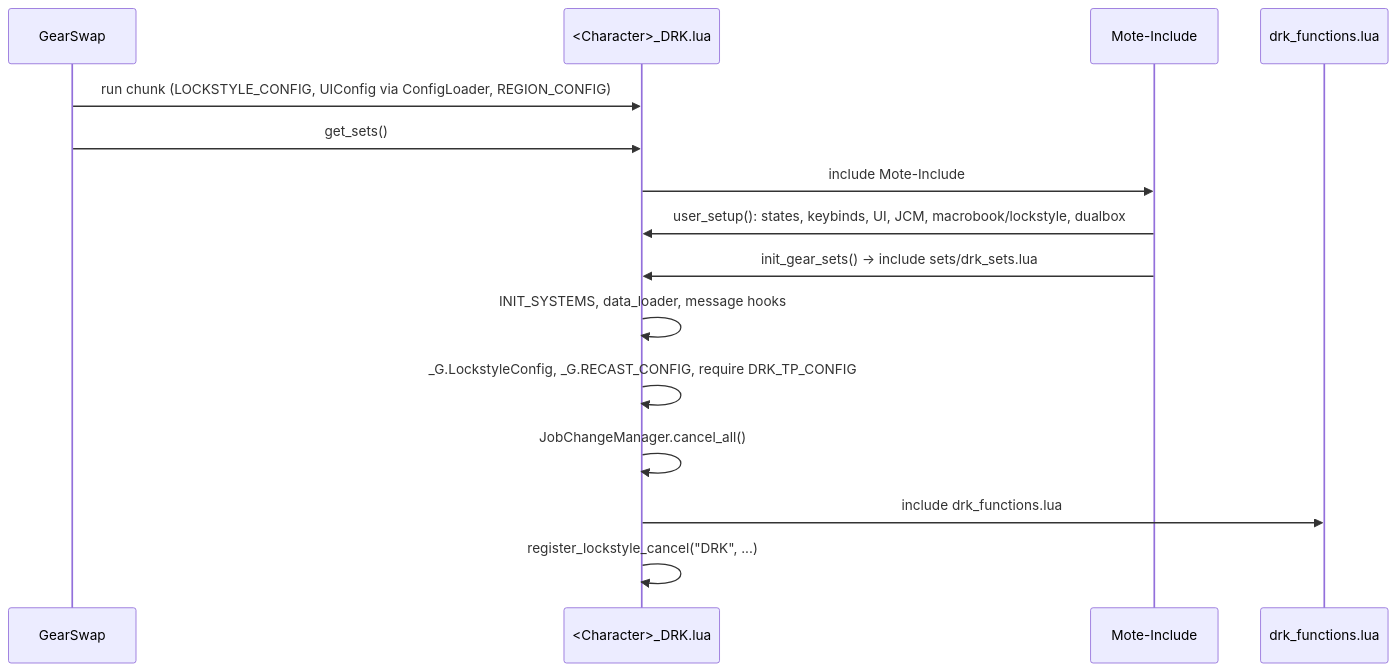
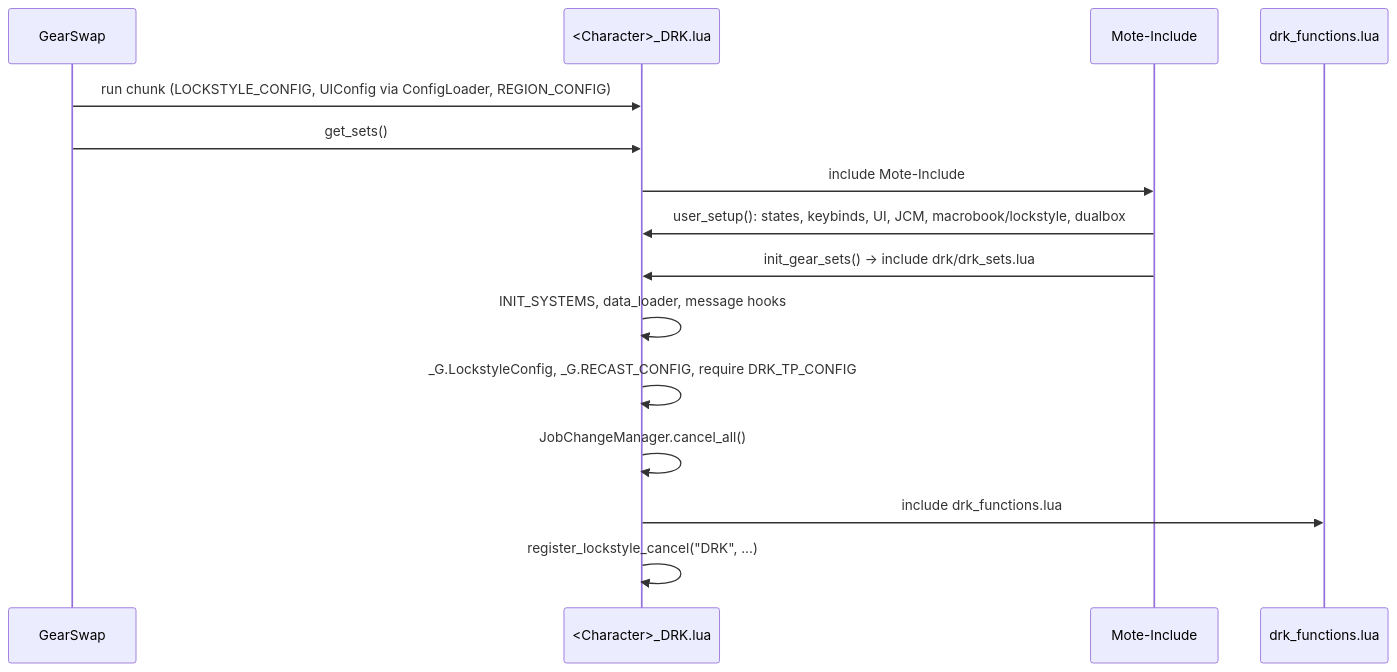
One commit to ejouanchicot/Gearswap changed the first of 3 diagrams in docs/dev/jobs/drk.md. Above: the diagram before and after it, drawn with Mermaid. The commit also changed other lines of this file and 248 other files, not shown here.

````diff
--- a/docs/dev/jobs/drk.md
+++ b/docs/dev/jobs/drk.md
@@ -69,17 +69,17 @@
 ```mermaid
 sequenceDiagram
     participant GS as GearSwap
     participant E as <Character>_DRK.lua
     participant M as Mote-Include
     participant F as drk_functions.lua
     GS->>E: run chunk (LOCKSTYLE_CONFIG, UIConfig via ConfigLoader, REGION_CONFIG)
     GS->>E: get_sets()
     E->>M: include Mote-Include
     M->>E: user_setup(): states, keybinds, UI, JCM, macrobook/lockstyle, dualbox
-    M->>E: init_gear_sets() -> include sets/drk_sets.lua
+    M->>E: init_gear_sets() -> include drk/drk_sets.lua
     E->>E: INIT_SYSTEMS, data_loader, message hooks
     E->>E: _G.LockstyleConfig, _G.RECAST_CONFIG, require DRK_TP_CONFIG
     E->>E: JobChangeManager.cancel_all()
     E->>F: include drk_functions.lua
     E->>E: register_lockstyle_cancel("DRK", ...)
 ```
````
